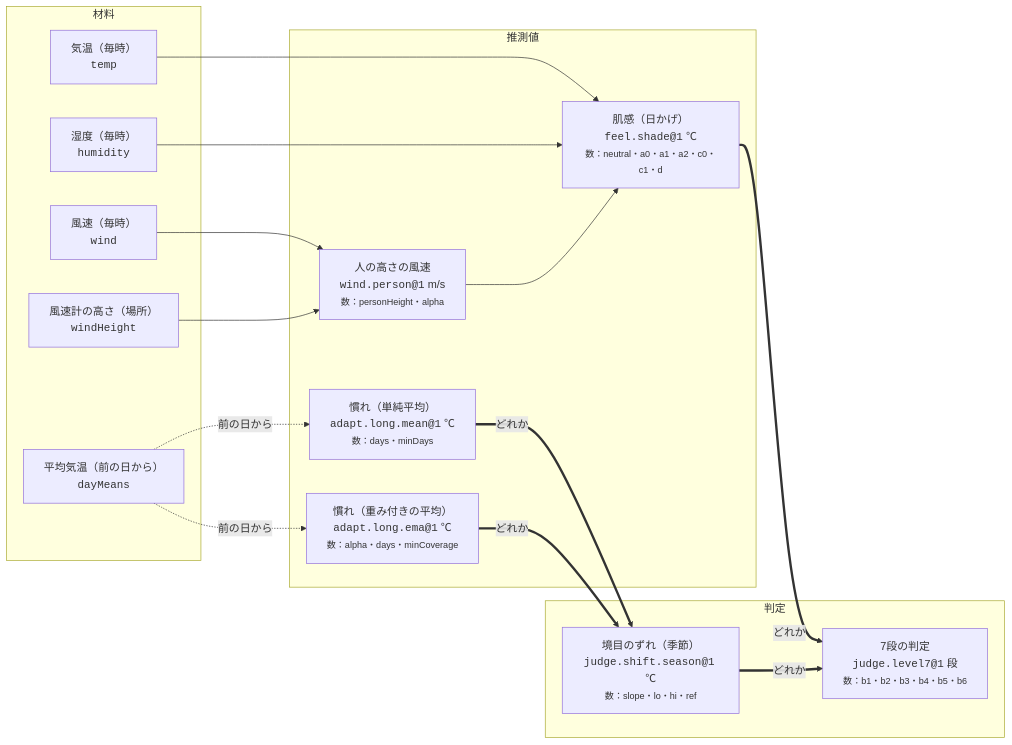
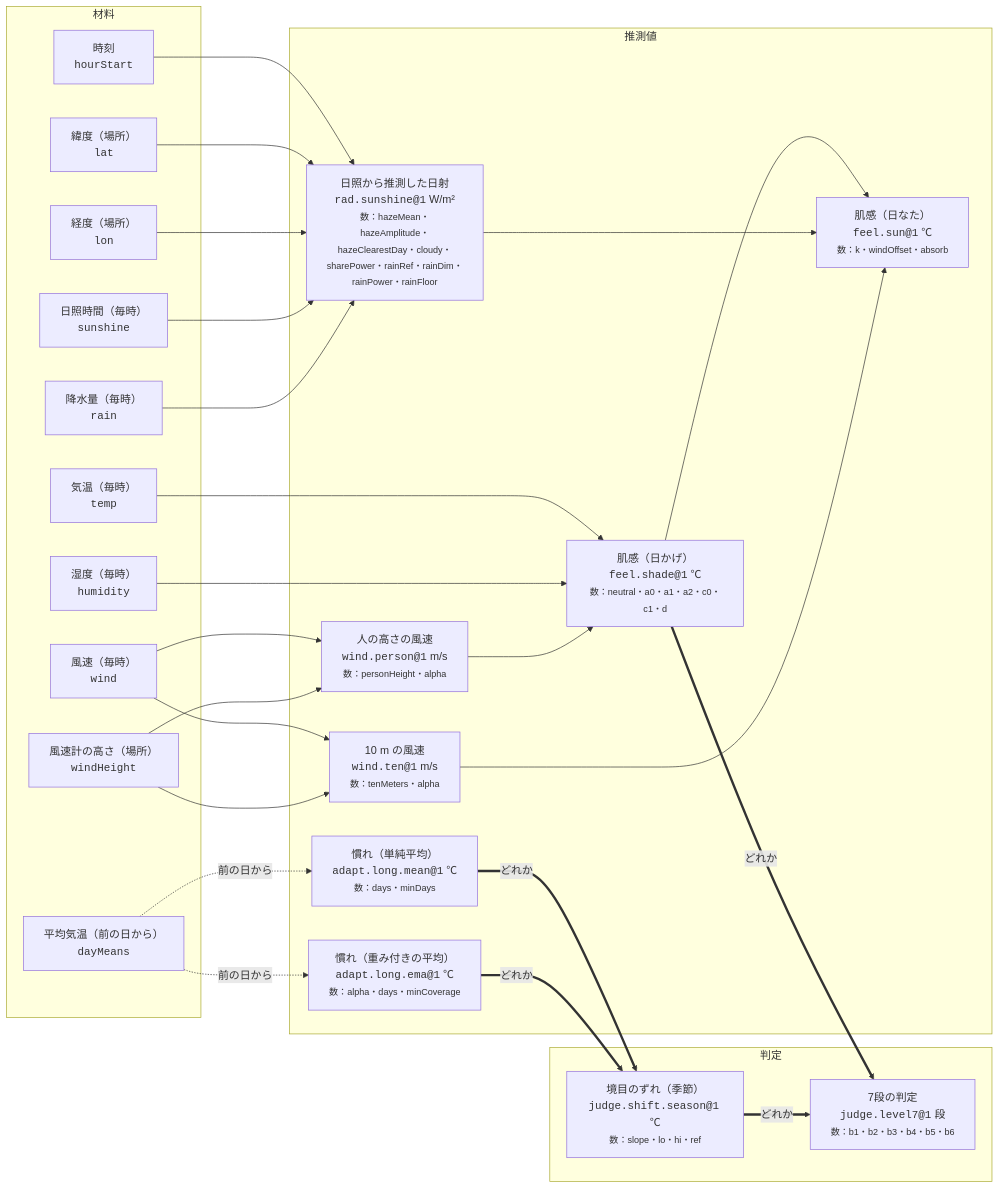
One commit to Watanabe-Masao/weather-note-cf changed the diagram in docs/core-map.md. Above: the diagram before and after it, drawn with Mermaid. The commit also changed 16 other files, not shown here.

````diff
--- a/docs/core-map.md
+++ b/docs/core-map.md
@@ -5,31 +5,49 @@
 ```mermaid
 flowchart LR
   subgraph 材料
     temp["気温（毎時）<br><code>temp</code>"]
     humidity["湿度（毎時）<br><code>humidity</code>"]
     wind["風速（毎時）<br><code>wind</code>"]
+    rain["降水量（毎時）<br><code>rain</code>"]
+    sunshine["日照時間（毎時）<br><code>sunshine</code>"]
     windHeight["風速計の高さ（場所）<br><code>windHeight</code>"]
+    lat["緯度（場所）<br><code>lat</code>"]
+    lon["経度（場所）<br><code>lon</code>"]
+    hourStart["時刻<br><code>hourStart</code>"]
     dayMeans["平均気温（前の日から）<br><code>dayMeans</code>"]
   end
   subgraph 推測値
     windPerson["人の高さの風速<br><code>wind.person@1</code> m/s<br><small>数：personHeight・alpha</small>"]
     feelShade["肌感（日かげ）<br><code>feel.shade@1</code> ℃<br><small>数：neutral・a0・a1・a2・c0・c1・d</small>"]
+    radSunshine["日照から推測した日射<br><code>rad.sunshine@1</code> W/m²<br><small>数：hazeMean・hazeAmplitude・hazeClearestDay・cloudy・sharePower・rainRef・rainDim・rainPower・rainFloor</small>"]
+    windTen["10 m の風速<br><code>wind.ten@1</code> m/s<br><small>数：tenMeters・alpha</small>"]
+    feelSun["肌感（日なた）<br><code>feel.sun@1</code> ℃<br><small>数：k・windOffset・absorb</small>"]
     adaptMean["慣れ（単純平均）<br><code>adapt.long.mean@1</code> ℃<br><small>数：days・minDays</small>"]
     adaptEma["慣れ（重み付きの平均）<br><code>adapt.long.ema@1</code> ℃<br><small>数：alpha・days・minCoverage</small>"]
   end
   subgraph 判定
     seasonShift["境目のずれ（季節）<br><code>judge.shift.season@1</code> ℃<br><small>数：slope・lo・hi・ref</small>"]
     level7["7段の判定<br><code>judge.level7@1</code> 段<br><small>数：b1・b2・b3・b4・b5・b6</small>"]
   end
   wind --> windPerson
   windHeight --> windPerson
   temp --> feelShade
   humidity --> feelShade
   windPerson --> feelShade
+  hourStart --> radSunshine
+  lat --> radSunshine
+  lon --> radSunshine
+  sunshine --> radSunshine
+  rain --> radSunshine
+  wind --> windTen
+  windHeight --> windTen
+  feelShade --> feelSun
+  radSunshine --> feelSun
+  windTen --> feelSun
   dayMeans -. 前の日から .-> adaptMean
   dayMeans -. 前の日から .-> adaptEma
   adaptMean == どれか ==> seasonShift
   adaptEma == どれか ==> seasonShift
   feelShade == どれか ==> level7
   seasonShift == どれか ==> level7
 ```
````
